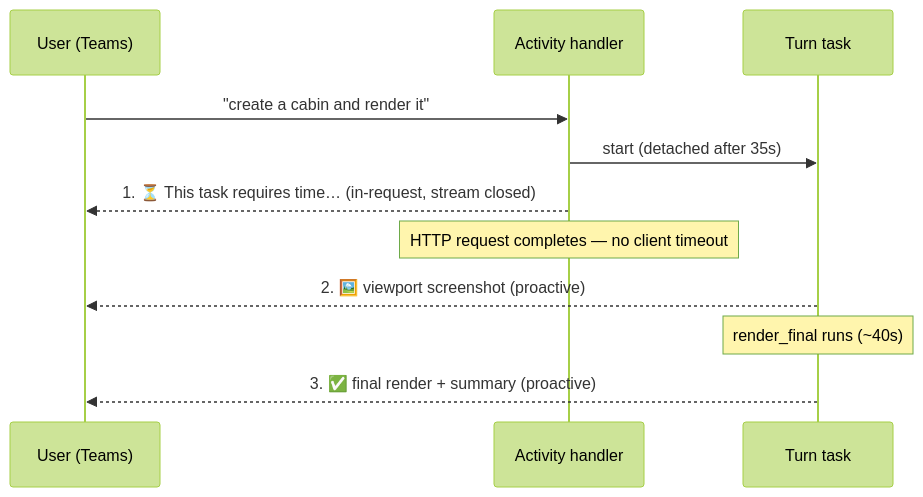
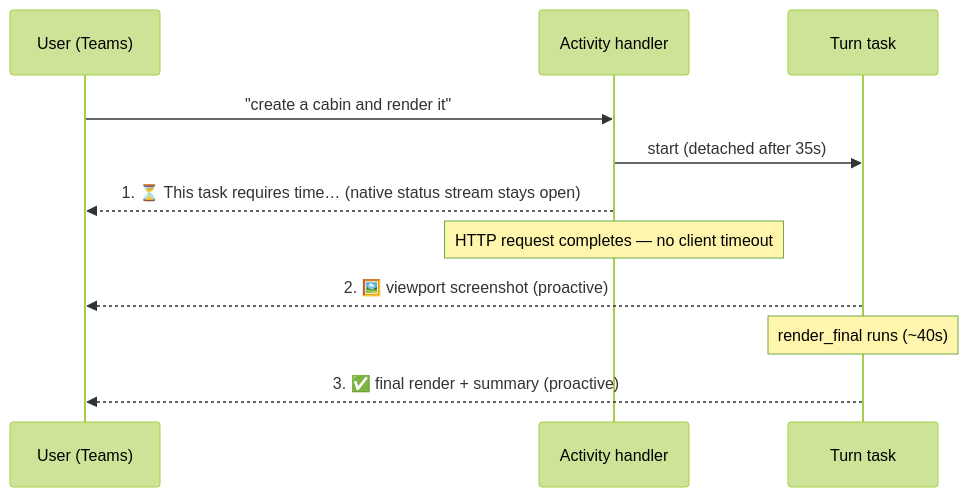
One commit to davrous/blenderagent changed the diagram in README.md. Above: the diagram before and after it, drawn with Mermaid (forest theme). The commit also changed other lines of this file and 25 other files, not shown here.

````diff
--- a/README.md
+++ b/README.md
@@ -1011,13 +1062,13 @@
 ```mermaid
 sequenceDiagram
     participant U as User (Teams)
     participant H as Activity handler
     participant T as Turn task
     U->>H: "create a cabin and render it"
     H->>T: start (detached after 35s)
-    H-->>U: 1. ⏳ This task requires time… (in-request, stream closed)
+    H-->>U: 1. ⏳ This task requires time… (native status stream stays open)
     Note over H: HTTP request completes — no client timeout
     T-->>U: 2. 🖼️ viewport screenshot (proactive)
     Note over T: render_final runs (~40s)
     T-->>U: 3. ✅ final render + summary (proactive)
 ```
````
